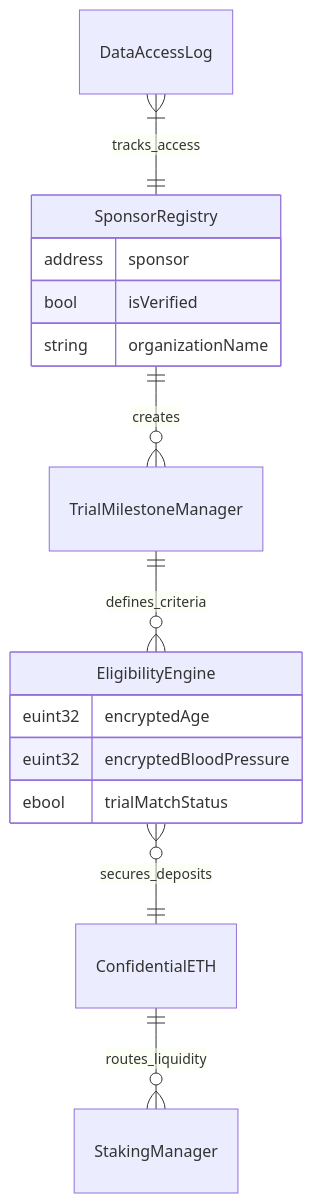
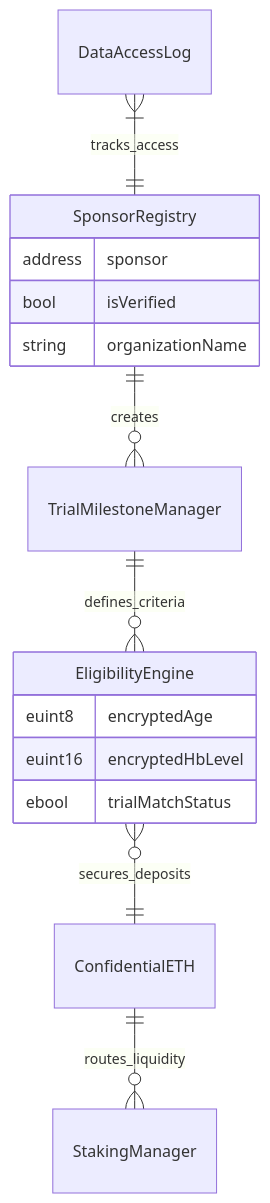
One commit to shery8595/Medvault changed the second of 6 diagrams in README.md. Above: the diagram before and after it, drawn with Mermaid. The commit also changed other lines of this file and 104 other files, not shown here.

````diff
--- a/README.md
+++ b/README.md
@@ -56,20 +56,20 @@
 ```mermaid
 erDiagram
     SponsorRegistry ||--o{ TrialMilestoneManager : creates
     TrialMilestoneManager ||--o{ EligibilityEngine : defines_criteria
     EligibilityEngine }o--|| ConfidentialETH : secures_deposits
     ConfidentialETH ||--o{ StakingManager : routes_liquidity
     DataAccessLog }|--|| SponsorRegistry : tracks_access
     
     SponsorRegistry {
         address sponsor
         bool isVerified
         string organizationName
     }
     
     EligibilityEngine {
-        euint32 encryptedAge
-        euint32 encryptedBloodPressure
+        euint8 encryptedAge
+        euint16 encryptedHbLevel
         ebool trialMatchStatus
     }
 ```
````
